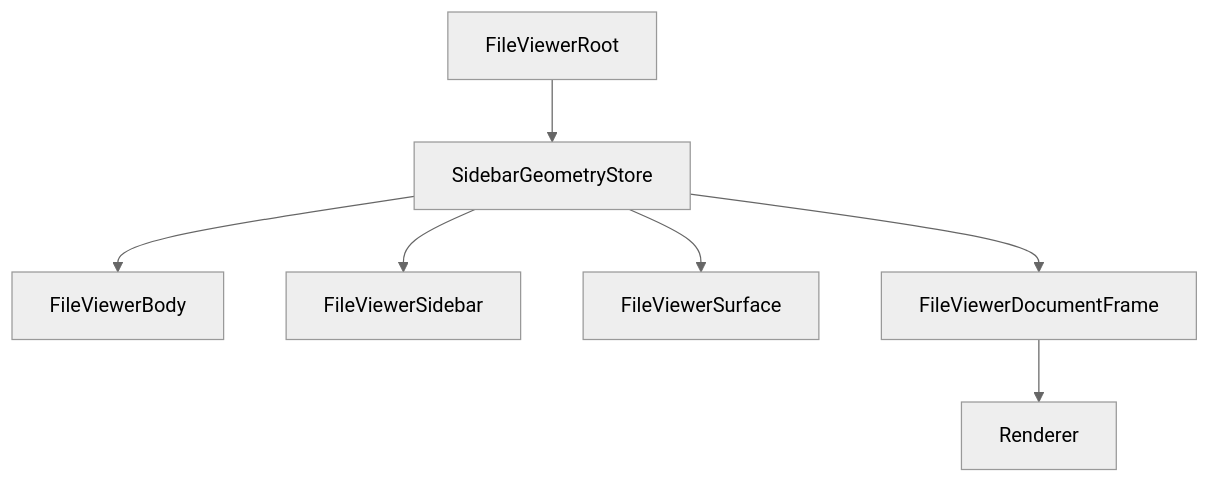
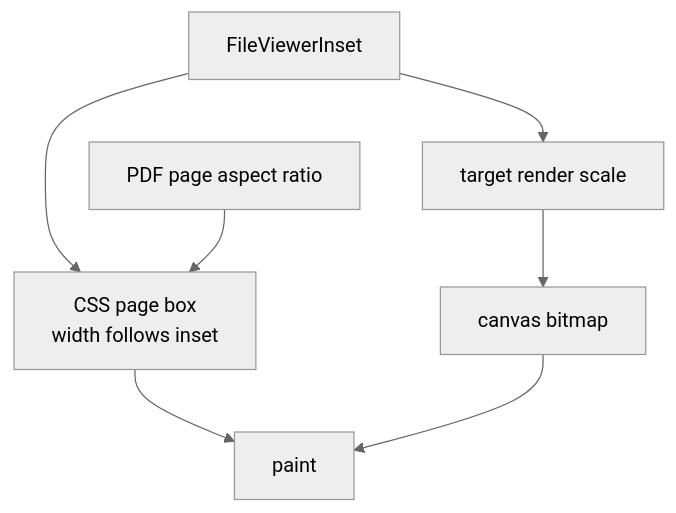
Diagram 16 of 22 in design/file-viewer-geometry-contract-blueprint.md (retab-dev/retab-ui), drawn with Mermaid (neutral theme) before and after one commit. The commit also changed other lines of this file and 98 other files, not shown here.

````diff
--- a/design/file-viewer-geometry-contract-blueprint.md
+++ b/design/file-viewer-geometry-contract-blueprint.md
@@ -327,17 +765,16 @@
 ```mermaid
-flowchart TB
-  Root["FileViewerRoot"]
-  Store["SidebarGeometryStore"]
-  Body["FileViewerBody"]
-  Sidebar["FileViewerSidebar"]
-  Surface["FileViewerSurface"]
-  Frame["FileViewerDocumentFrame"]
-  Renderer["Renderer"]
+flowchart TD
+  Inset["FileViewerInset"]
+  PageRatio["PDF page aspect ratio"]
+  PageBox["CSS page box<br/>width follows inset"]
+  RenderTarget["target render scale"]
+  Canvas["canvas bitmap"]
+  Paint["paint"]
 
-  Root --> Store
-  Store --> Body
-  Store --> Sidebar
-  Store --> Surface
-  Store --> Frame
-  Frame --> Renderer
+  Inset --> PageBox
+  PageRatio --> PageBox
+  Inset --> RenderTarget
+  RenderTarget --> Canvas
+  PageBox --> Paint
+  Canvas --> Paint
 ```
````
